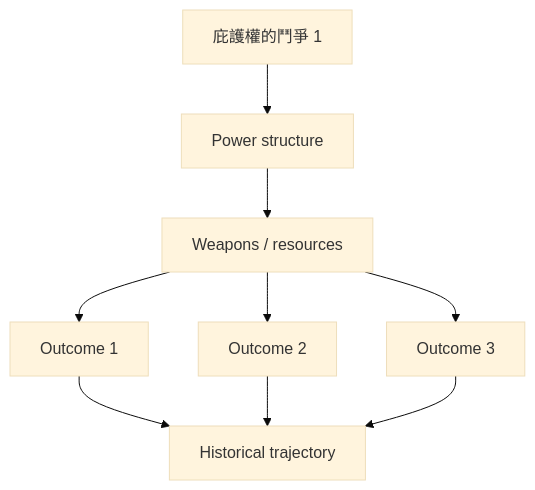
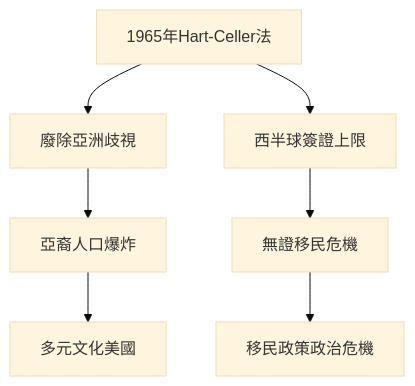
Before and after one commit to yip-lgtm/HKU-Harvard-History-Self-Study: the fourth of 10 diagrams in 02_Harvard_Courses/Fall_Courses/Hist23_Immigration_Law.md, drawn with Mermaid (base theme). The commit also changed other lines of this file and 65 other files, not shown here.

````diff
--- a/02_Harvard_Courses/Fall_Courses/Hist23_Immigration_Law.md
+++ b/02_Harvard_Courses/Fall_Courses/Hist23_Immigration_Law.md
@@ -224,11 +211,9 @@
 ```mermaid
 graph TD
-    A[庇護權的鬥爭 1] --> B[Power structure]
-    B --> C[Weapons / resources]
-    C --> D[Outcome 1]
-    C --> E[Outcome 2]
-    C --> F[Outcome 3]
-    D --> G[Historical trajectory]
-    E --> G
-    F --> G
+    A[1965年Hart-Celler法] --> B[廢除亞洲歧視]
+    A --> C[西半球簽證上限]
+    B --> D[亞裔人口爆炸]
+    C --> E[無證移民危機]
+    D --> F[多元文化美國]
+    E --> G[移民政策政治危機]
 ```
````
